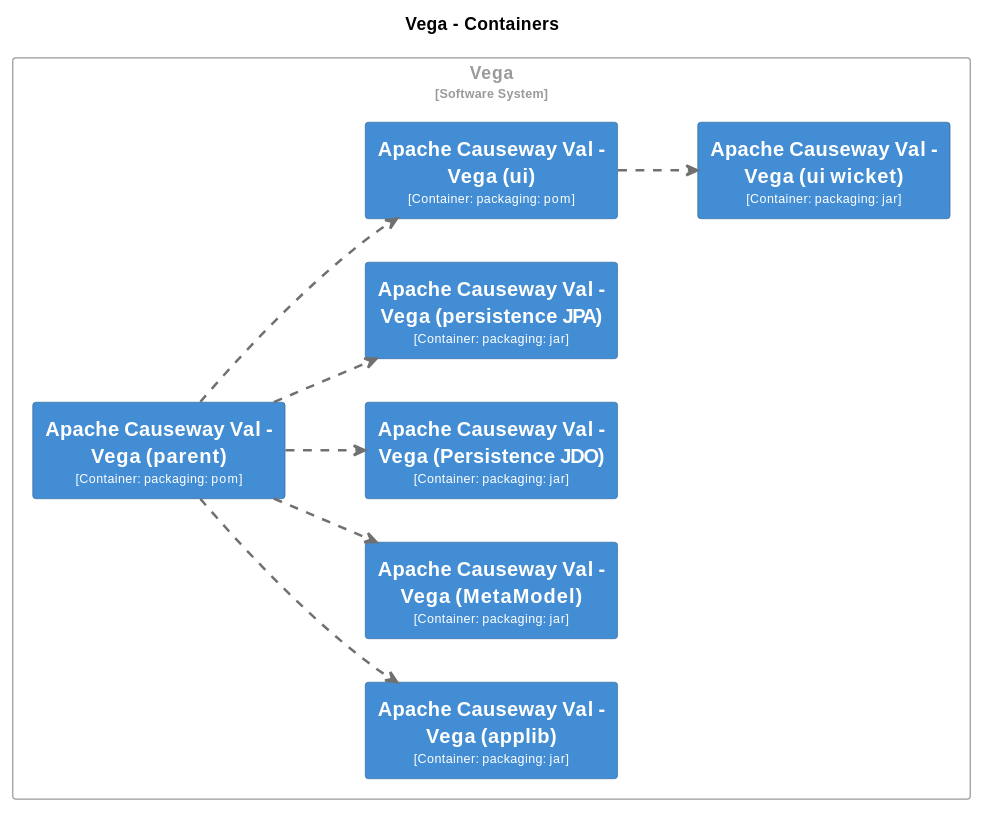
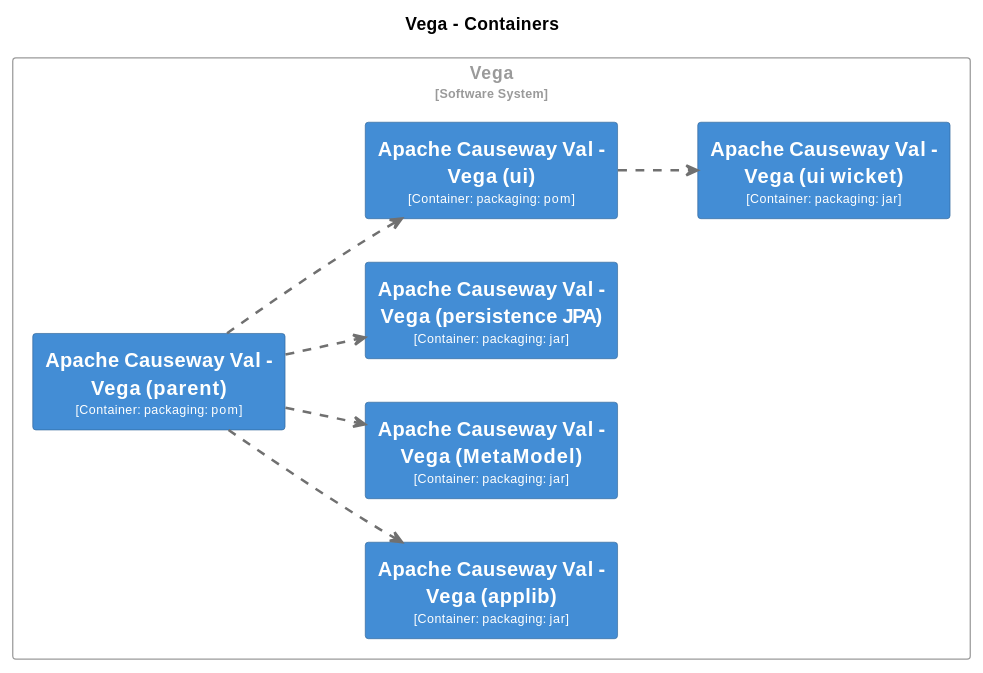
Before and after one commit to apache/causeway: diagram 21 of 31 in core/adoc/modules/_overview/pages/about.adoc, drawn with PlantUML. The commit also changed other lines of this file and 186 other files, not shown here.

```diff
--- a/core/adoc/modules/_overview/pages/about.adoc
+++ b/core/adoc/modules/_overview/pages/about.adoc
@@ -4009,83 +3763,75 @@
 [plantuml,Vega,svg]
 ----
 @startuml
 set separator none
 title Vega - Containers
 
 left to right direction
 
 skinparam {
   arrowFontSize 10
   defaultTextAlignment center
   wrapWidth 200
   maxMessageSize 100
 }
 
 hide stereotype
 
 skinparam rectangle<<Vega.ApacheCausewayValVegaMetaModel>> {
-  BackgroundColor #438dd5
-  FontColor #fffffe
-  BorderColor #2e6295
-  shadowing false
-}
-skinparam rectangle<<Vega.ApacheCausewayValVegaPersistenceJDO>> {
   BackgroundColor #438dd5
   FontColor #fffffe
   BorderColor #2e6295
   shadowing false
 }
 skinparam rectangle<<Vega.ApacheCausewayValVegaapplib>> {
   BackgroundColor #438dd5
   FontColor #fffffe
   BorderColor #2e6295
   shadowing false
 }
 skinparam rectangle<<Vega.ApacheCausewayValVegaparent>> {
   BackgroundColor #438dd5
   FontColor #fffffe
   BorderColor #2e6295
   shadowing false
 }
 skinparam rectangle<<Vega.ApacheCausewayValVegapersistenceJPA>> {
   BackgroundColor #438dd5
   FontColor #fffffe
   BorderColor #2e6295
   shadowing false
 }
 skinparam rectangle<<Vega.ApacheCausewayValVegauiwicket>> {
   BackgroundColor #438dd5
   FontColor #fffffe
   BorderColor #2e6295
   shadowing false
 }
 skinparam rectangle<<Vega.ApacheCausewayValVegaui>> {
   BackgroundColor #438dd5
   FontColor #fffffe
   BorderColor #2e6295
   shadowing false
 }
 skinparam rectangle<<Vega>> {
   BorderColor #9a9a9a
   FontColor #9a9a9a
   shadowing false
 }
 
 rectangle "Vega\n<size:10>[Software System]</size>" <<Vega>> {
   rectangle "==Apache Causeway Val - Vega (parent)\n<size:10>[Container: packaging: pom]</size>" <<Vega.ApacheCausewayValVegaparent>> as Vega.ApacheCausewayValVegaparent
   rectangle "==Apache Causeway Val - Vega (applib)\n<size:10>[Container: packaging: jar]</size>" <<Vega.ApacheCausewayValVegaapplib>> as Vega.ApacheCausewayValVegaapplib
   rectangle "==Apache Causeway Val - Vega (MetaModel)\n<size:10>[Container: packaging: jar]</size>" <<Vega.ApacheCausewayValVegaMetaModel>> as Vega.ApacheCausewayValVegaMetaModel
-  rectangle "==Apache Causeway Val - Vega (Persistence JDO)\n<size:10>[Container: packaging: jar]</size>" <<Vega.ApacheCausewayValVegaPersistenceJDO>> as Vega.ApacheCausewayValVegaPersistenceJDO
   rectangle "==Apache Causeway Val - Vega (persistence JPA)\n<size:10>[Container: packaging: jar]</size>" <<Vega.ApacheCausewayValVegapersistenceJPA>> as Vega.ApacheCausewayValVegapersistenceJPA
   rectangle "==Apache Causeway Val - Vega (ui)\n<size:10>[Container: packaging: pom]</size>" <<Vega.ApacheCausewayValVegaui>> as Vega.ApacheCausewayValVegaui
   rectangle "==Apache Causeway Val - Vega (ui wicket)\n<size:10>[Container: packaging: jar]</size>" <<Vega.ApacheCausewayValVegauiwicket>> as Vega.ApacheCausewayValVegauiwicket
 }
 
-Vega.ApacheCausewayValVegaparent .[#707070,thickness=2].> Vega.ApacheCausewayValVegaMetaModel : "<color:#707070>"
-Vega.ApacheCausewayValVegaparent .[#707070,thickness=2].> Vega.ApacheCausewayValVegaPersistenceJDO : "<color:#707070>"
 Vega.ApacheCausewayValVegaparent .[#707070,thickness=2].> Vega.ApacheCausewayValVegapersistenceJPA : "<color:#707070>"
 Vega.ApacheCausewayValVegaparent .[#707070,thickness=2].> Vega.ApacheCausewayValVegaui : "<color:#707070>"
 Vega.ApacheCausewayValVegaui .[#707070,thickness=2].> Vega.ApacheCausewayValVegauiwicket : "<color:#707070>"
 Vega.ApacheCausewayValVegaparent .[#707070,thickness=2].> Vega.ApacheCausewayValVegaapplib : "<color:#707070>"
+Vega.ApacheCausewayValVegaparent .[#707070,thickness=2].> Vega.ApacheCausewayValVegaMetaModel : "<color:#707070>"
 @enduml
 ----
```
